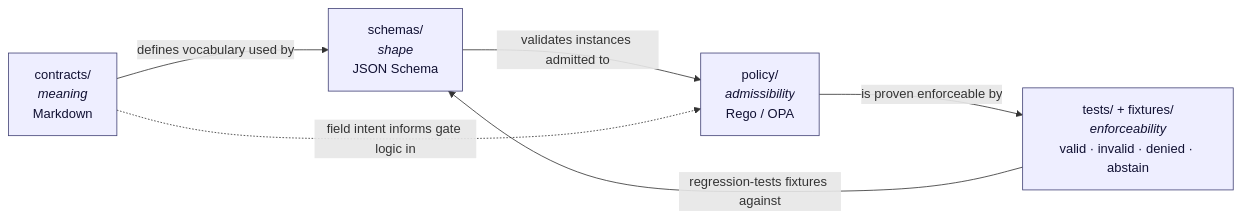
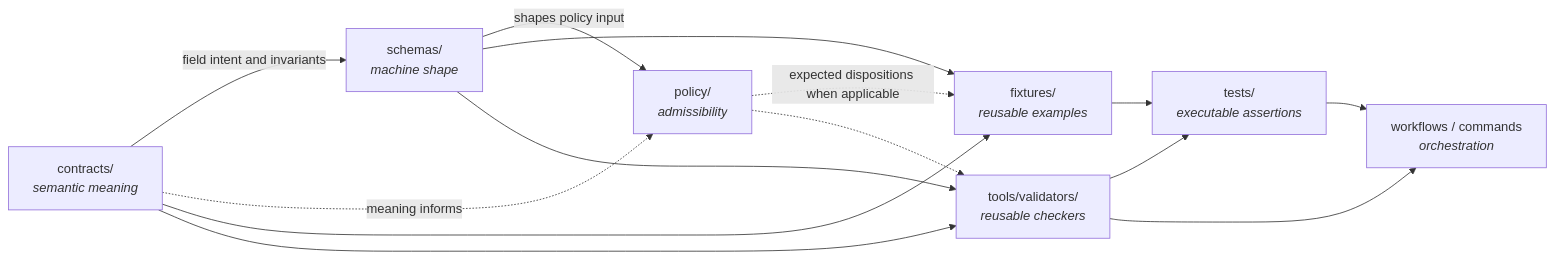
Before and after one commit to bartytime4life/Kansas-Frontier-Matrix: the first of 2 diagrams in docs/architecture/contract-schema-policy-split.md, drawn with Mermaid. The commit also changed other lines of this file, not shown here.

Commit message:
docs(architecture): ground contract schema policy split

````diff
--- a/docs/architecture/contract-schema-policy-split.md
+++ b/docs/architecture/contract-schema-policy-split.md
@@ -114,16 +198,24 @@
 ```mermaid
 flowchart LR
-  C["contracts/<br/><i>meaning</i><br/>Markdown"]
-  S["schemas/<br/><i>shape</i><br/>JSON Schema"]
-  P["policy/<br/><i>admissibility</i><br/>Rego / OPA"]
-  T["tests/ + fixtures/<br/><i>enforceability</i><br/>valid · invalid · denied · abstain"]
+  C["contracts/<br/><i>semantic meaning</i>"]
+  S["schemas/<br/><i>machine shape</i>"]
+  P["policy/<br/><i>admissibility</i>"]
+  F["fixtures/<br/><i>reusable examples</i>"]
+  T["tests/<br/><i>executable assertions</i>"]
+  V["tools/validators/<br/><i>reusable checkers</i>"]
+  W["workflows / commands<br/><i>orchestration</i>"]
 
-  C -- "defines vocabulary used by" --> S
-  S -- "validates instances admitted to" --> P
-  P -- "is proven enforceable by" --> T
-  T -- "regression-tests fixtures against" --> S
-  C -. "field intent informs gate logic in" .-> P
-
-  classDef can fill:#eef,stroke:#447,stroke-width:1px,color:#113;
-  class C,S,P,T can;
+  C -->|"field intent and invariants"| S
+  C -.->|"meaning informs"| P
+  S -->|"shapes policy input"| P
+  C --> F
+  S --> F
+  P -.->|"expected dispositions when applicable"| F
+  F --> T
+  V --> T
+  C --> V
+  S --> V
+  P -.-> V
+  V --> W
+  T --> W
 ```
````
